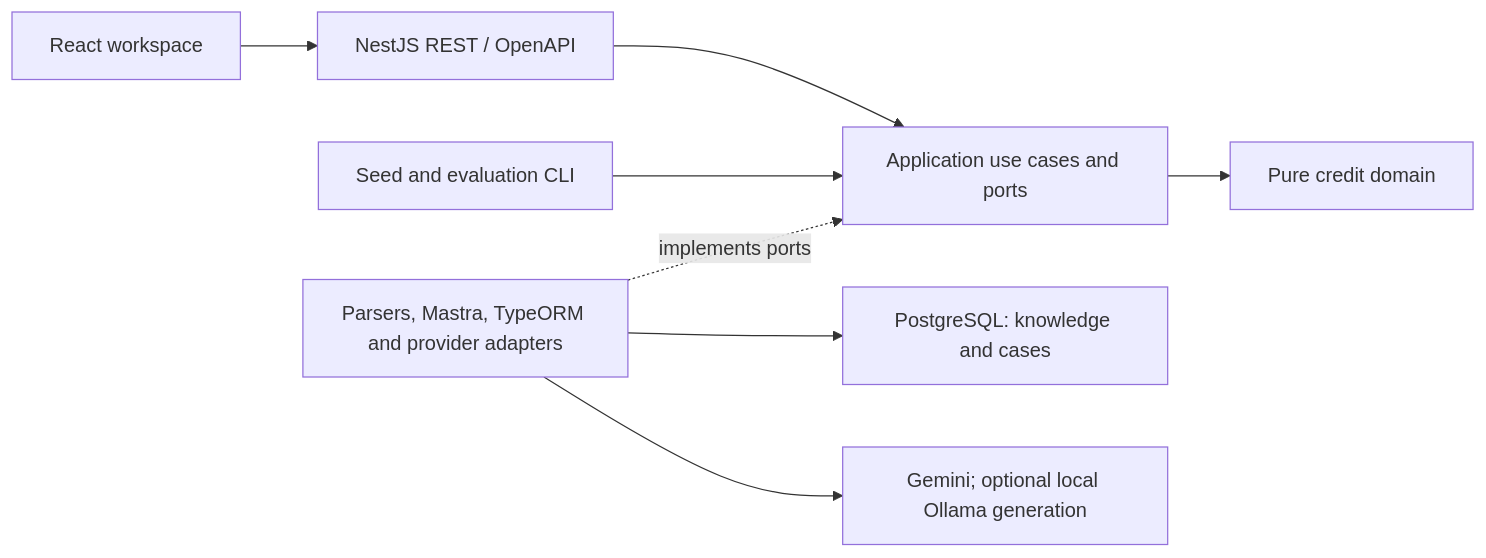
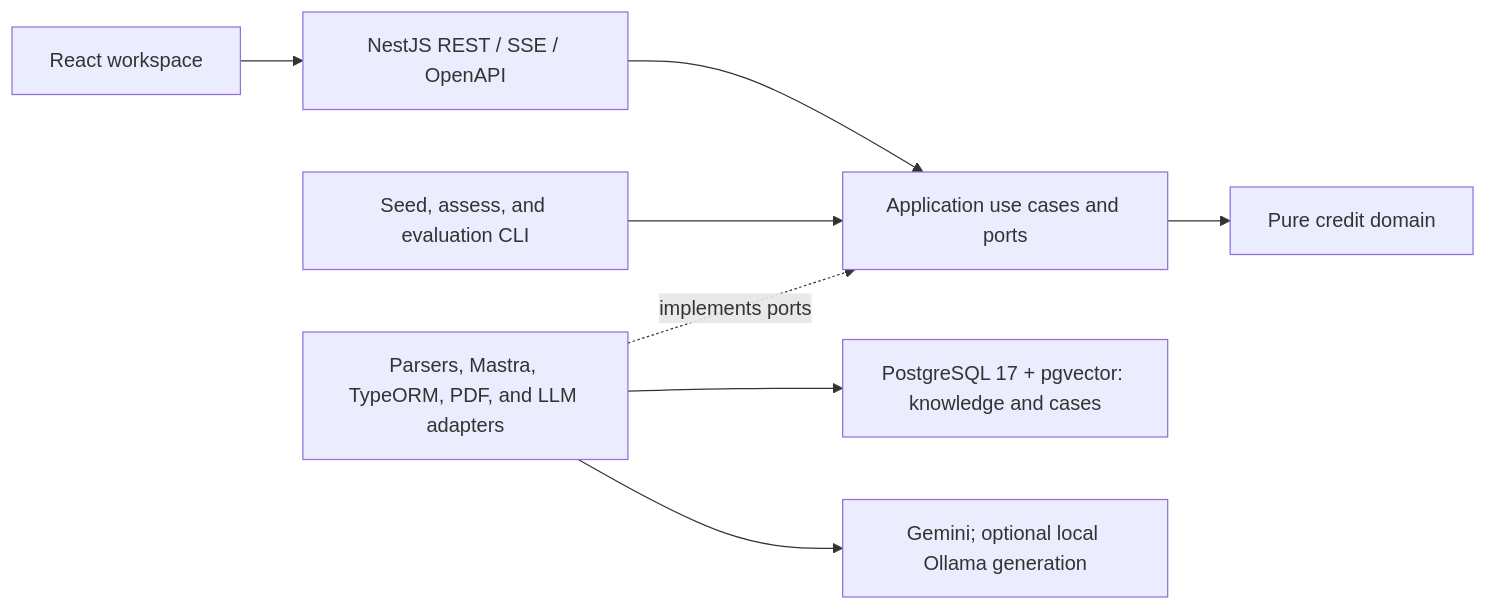
The diagram in docs/DESIGN.md (MohamedHamdy2003/Credit-Copilot), drawn with Mermaid before and after one commit. The commit also changed other lines of this file and 16 other files, not shown here.

````diff
--- a/docs/DESIGN.md
+++ b/docs/DESIGN.md
@@ -5,10 +5,10 @@
 ```mermaid
 flowchart LR
-  UI["React workspace"] --> HTTP["NestJS REST / OpenAPI"]
+  UI["React workspace"] --> HTTP["NestJS REST / SSE / OpenAPI"]
   HTTP --> APP["Application use cases and ports"]
-  CLI["Seed and evaluation CLI"] --> APP
+  CLI["Seed, assess, and evaluation CLI"] --> APP
   APP --> DOMAIN["Pure credit domain"]
-  INFRA["Parsers, Mastra, TypeORM and provider adapters"] -. implements ports .-> APP
-  INFRA --> DB["PostgreSQL: knowledge and cases"]
+  INFRA["Parsers, Mastra, TypeORM, PDF, and LLM adapters"] -. implements ports .-> APP
+  INFRA --> DB["PostgreSQL 17 + pgvector: knowledge and cases"]
   INFRA --> MODEL["Gemini; optional local Ollama generation"]
 ```
````
